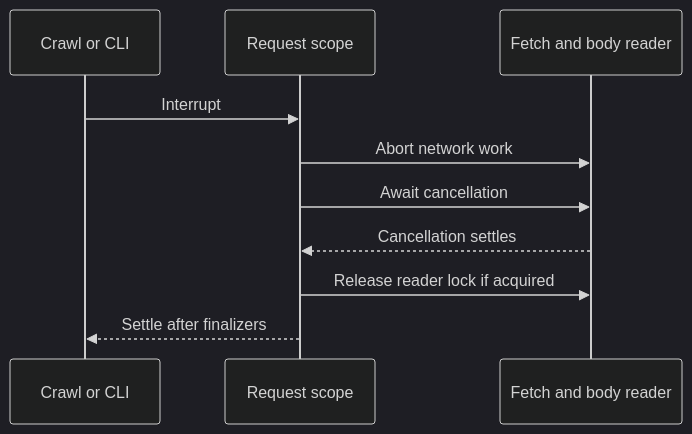
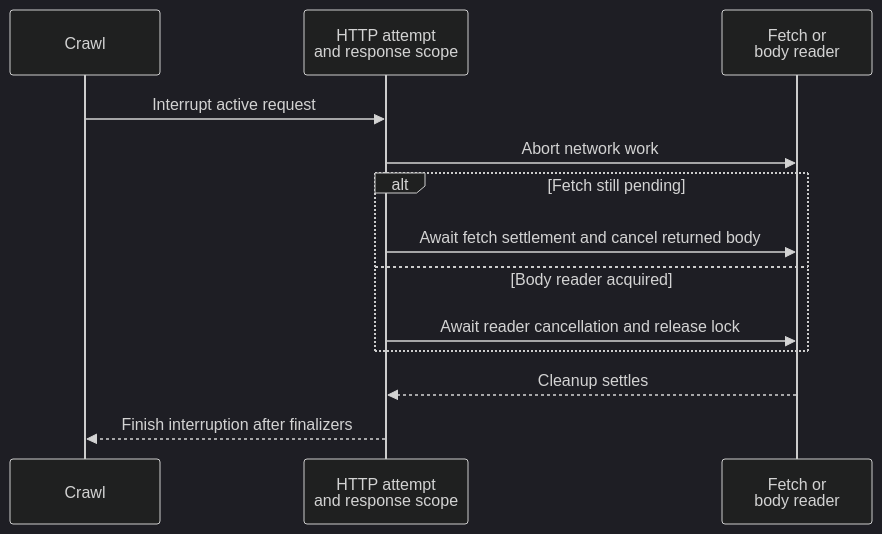
The diagram in docs/effect.md (exsesx/natter-scraper), drawn with Mermaid (dark theme) before and after one commit. The commit also changed other lines of this file and 6 other files, not shown here.

Commit message:
docs: align assessment guidance and architecture with implementation

````diff
--- a/docs/effect.md
+++ b/docs/effect.md
@@ -29,12 +35,15 @@
 ```mermaid
 sequenceDiagram
-    participant Run as Crawl or CLI
-    participant Request as Request scope
-    participant Native as Fetch and body reader
-    Run->>Request: Interrupt
+    participant Run as Crawl
+    participant Request as HTTP attempt<br/>and response scope
+    participant Native as Fetch or<br/>body reader
+    Run->>Request: Interrupt active request
     Request->>Native: Abort network work
-    Request->>Native: Await cancellation
-    Native-->>Request: Cancellation settles
-    Request->>Native: Release reader lock if acquired
-    Request-->>Run: Settle after finalizers
+    alt Fetch still pending
+        Request->>Native: Await fetch settlement and cancel returned body
+    else Body reader acquired
+        Request->>Native: Await reader cancellation and release lock
+    end
+    Native-->>Request: Cleanup settles
+    Request-->>Run: Finish interruption after finalizers
 ```
````
